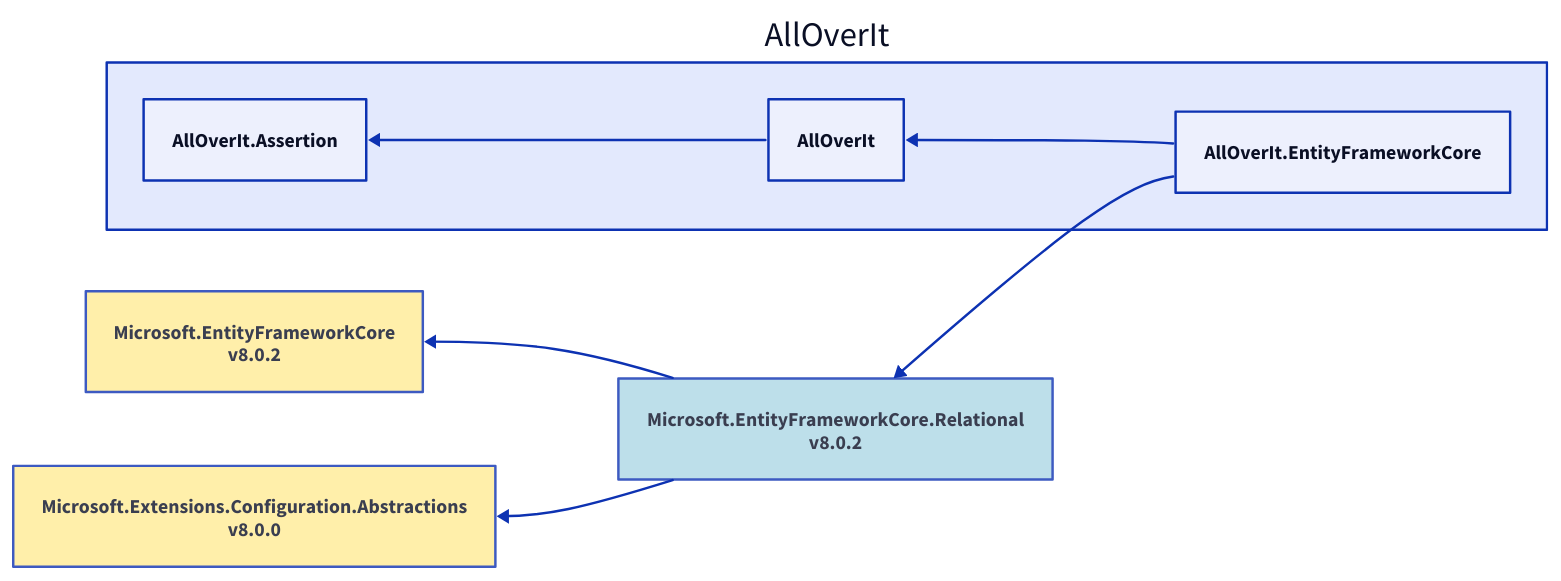
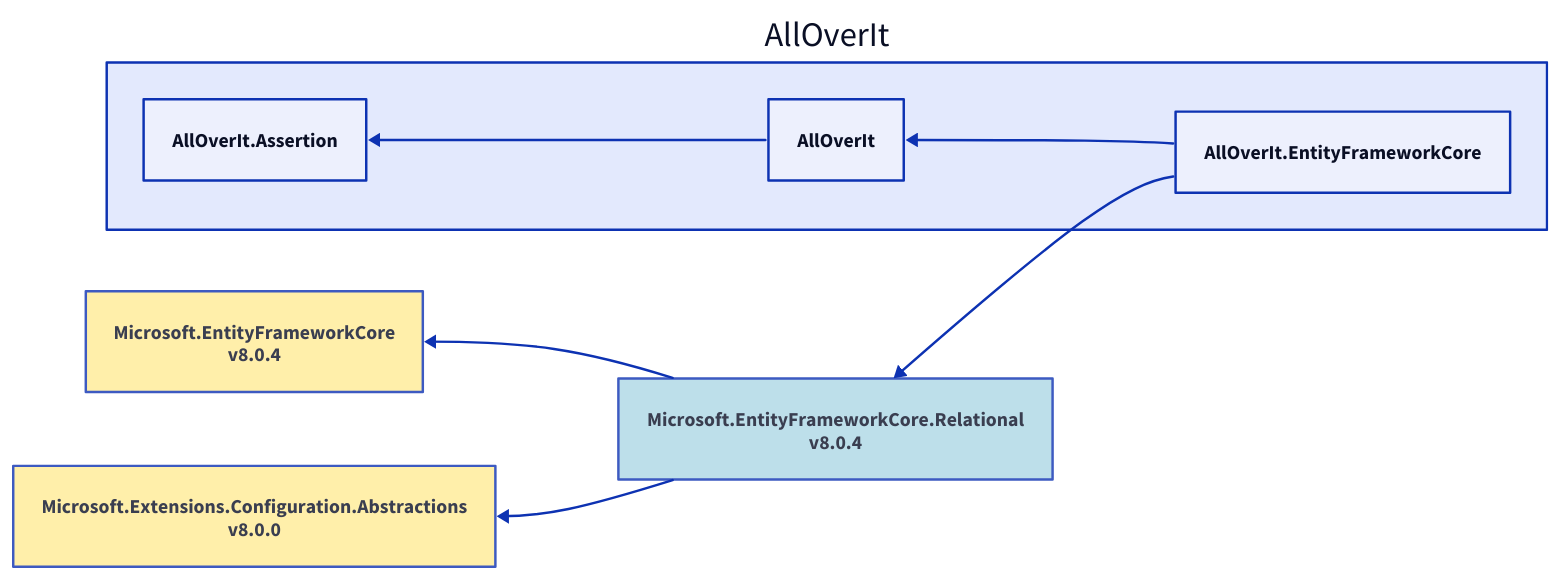
One commit to mjfreelancing/AllOverIt changed the diagram in Docs/Reference/Content/images/dependencies/net8.0/alloverit-entityframeworkcore.d2. Above: the diagram before and after it, drawn with D2. The commit also changed 288 other files, not shown here.

```diff
--- a/Docs/Reference/Content/images/dependencies/net8.0/alloverit-entityframeworkcore.d2
+++ b/Docs/Reference/Content/images/dependencies/net8.0/alloverit-entityframeworkcore.d2
@@ -1,20 +1,20 @@
 direction: left
 
 aoi: AllOverIt
 aoi.alloverit-entityframeworkcore: AllOverIt.EntityFrameworkCore
-microsoft-entityframeworkcore-relational_8-0-2: Microsoft.EntityFrameworkCore.Relational\nv8.0.2
-microsoft-entityframeworkcore-relational_8-0-2.style.fill: "#ADD8E6"
-microsoft-entityframeworkcore-relational_8-0-2.style.opacity: 0.8
-microsoft-entityframeworkcore_8-0-2: Microsoft.EntityFrameworkCore\nv8.0.2
-microsoft-entityframeworkcore_8-0-2.style.fill: "#FFEC96"
-microsoft-entityframeworkcore_8-0-2.style.opacity: 0.8
-microsoft-entityframeworkcore_8-0-2 <- microsoft-entityframeworkcore-relational_8-0-2
+microsoft-entityframeworkcore-relational_8-0-4: Microsoft.EntityFrameworkCore.Relational\nv8.0.4
+microsoft-entityframeworkcore-relational_8-0-4.style.fill: "#ADD8E6"
+microsoft-entityframeworkcore-relational_8-0-4.style.opacity: 0.8
+microsoft-entityframeworkcore_8-0-4: Microsoft.EntityFrameworkCore\nv8.0.4
+microsoft-entityframeworkcore_8-0-4.style.fill: "#FFEC96"
+microsoft-entityframeworkcore_8-0-4.style.opacity: 0.8
+microsoft-entityframeworkcore_8-0-4 <- microsoft-entityframeworkcore-relational_8-0-4
 microsoft-extensions-configuration-abstractions_8-0-0: Microsoft.Extensions.Configuration.Abstractions\nv8.0.0
 microsoft-extensions-configuration-abstractions_8-0-0.style.fill: "#FFEC96"
 microsoft-extensions-configuration-abstractions_8-0-0.style.opacity: 0.8
-microsoft-extensions-configuration-abstractions_8-0-0 <- microsoft-entityframeworkcore-relational_8-0-2
-microsoft-entityframeworkcore-relational_8-0-2 <- aoi.alloverit-entityframeworkcore
+microsoft-extensions-configuration-abstractions_8-0-0 <- microsoft-entityframeworkcore-relational_8-0-4
+microsoft-entityframeworkcore-relational_8-0-4 <- aoi.alloverit-entityframeworkcore
 aoi.alloverit: AllOverIt
 aoi.alloverit-assertion: AllOverIt.Assertion
 aoi.alloverit-assertion <- aoi.alloverit
 aoi.alloverit <- aoi.alloverit-entityframeworkcore
```
